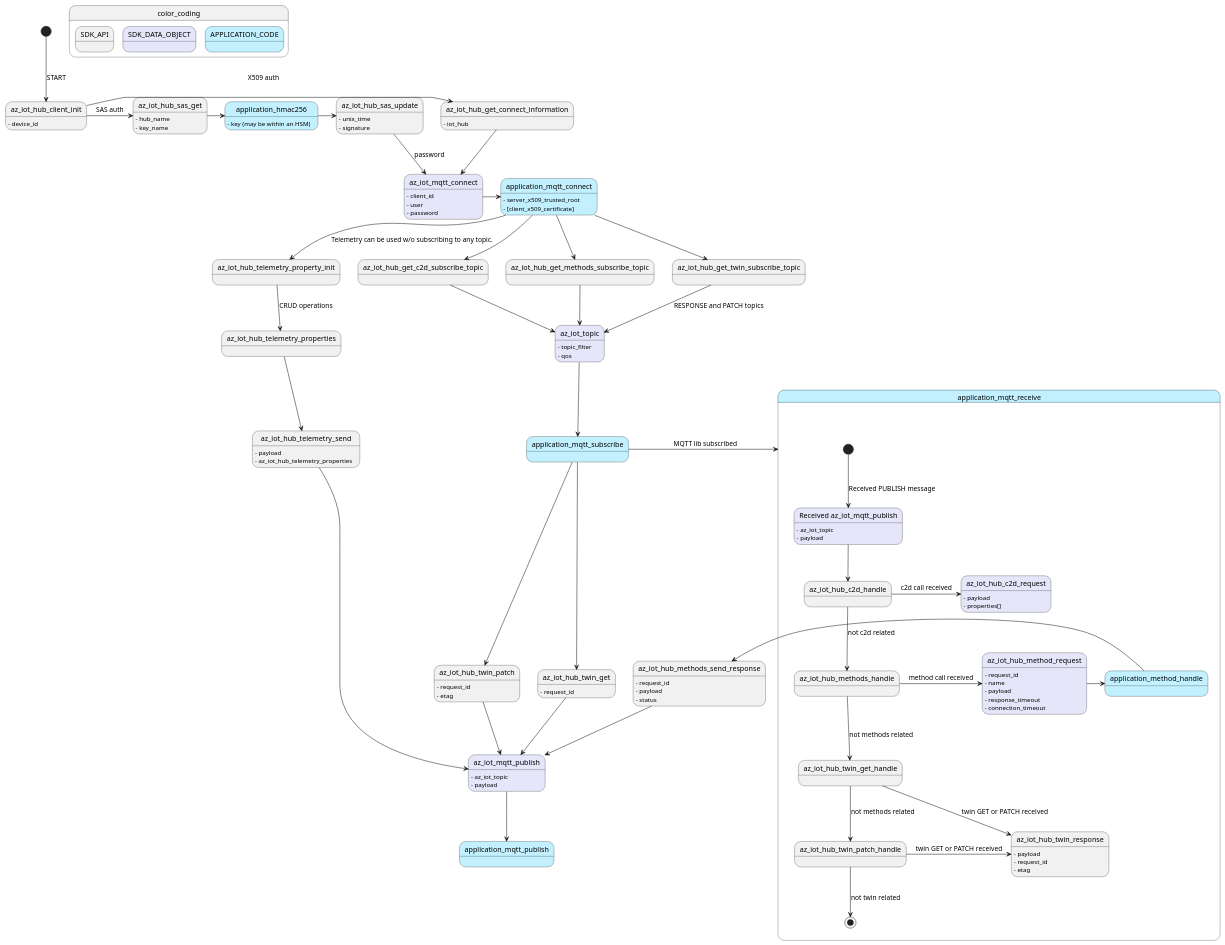
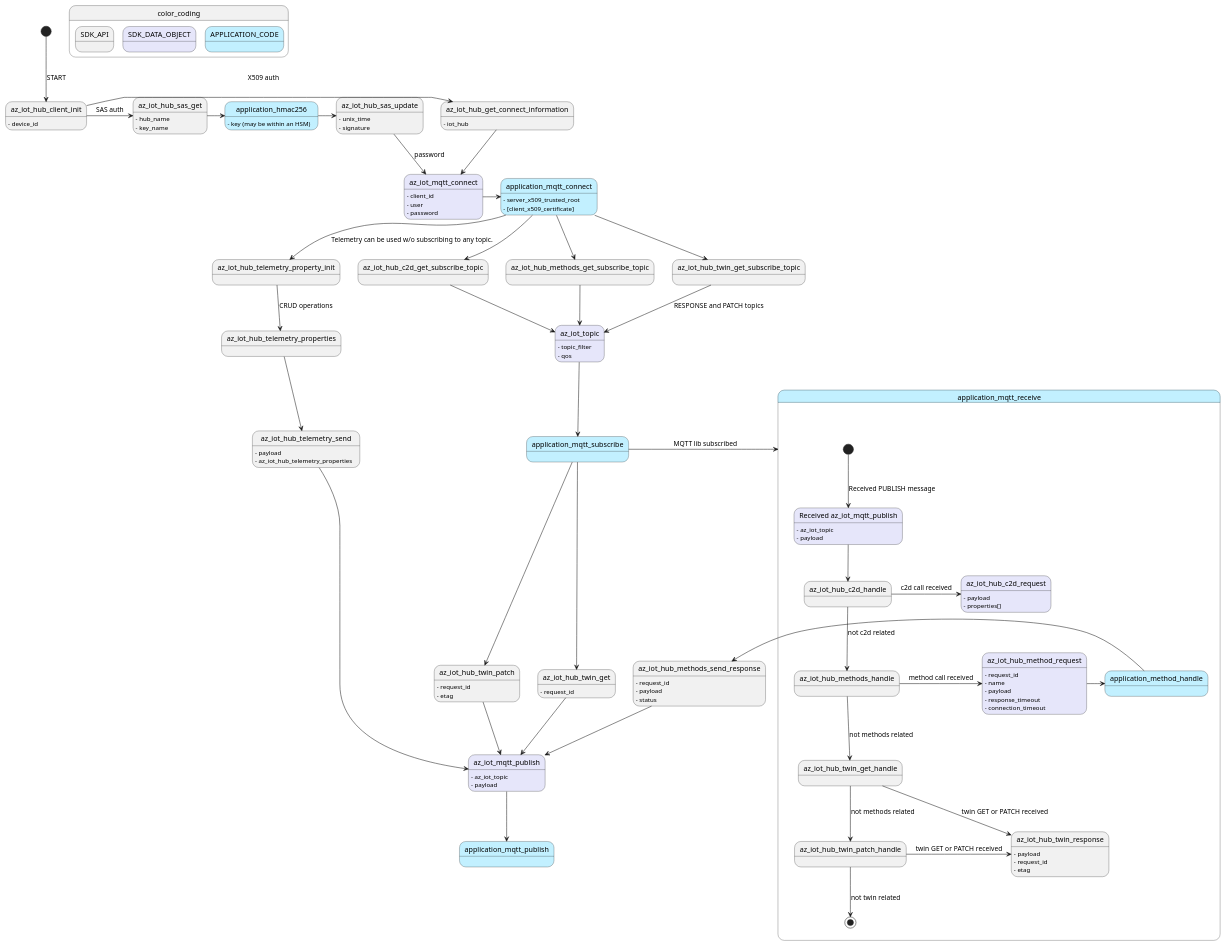
One commit to Azure/azure-sdk-for-c changed the diagram in sdk/iot/docs/iot_hub_flow.puml. Above: the diagram before and after it, drawn with PlantUML. The commit also changed 2 other files, not shown here.

Commit message:
Updating flows.

```diff
--- a/sdk/iot/docs/iot_hub_flow.puml
+++ b/sdk/iot/docs/iot_hub_flow.puml
@@ -1,146 +1,146 @@
 @startuml
 
 skinparam state {
     BackgroundColor<<APP>> APPLICATION
     BackgroundColor<<STRUCT>> Lavender
 }
 
 state color_coding {
     state SDK_API
     state SDK_DATA_OBJECT <<STRUCT>>
     state APPLICATION_CODE <<APP>>
 }
 
 ' Init
 [*] --> az_iot_hub_client_init: START
 az_iot_hub_client_init -> az_iot_hub_get_connect_information : X509 auth
 az_iot_hub_get_connect_information -> az_iot_mqtt_connect
 az_iot_mqtt_connect -> application_mqtt_connect
 state application_mqtt_connect <<APP>>
 
 ' Optional SAS token generation:
 az_iot_hub_client_init -> az_iot_hub_sas_get : SAS auth
 az_iot_hub_sas_get -> application_hmac256
 application_hmac256 -> az_iot_hub_sas_update
 az_iot_hub_sas_update --> az_iot_mqtt_connect : password
 state application_hmac256 <<APP>>
 
 ' Telemetry
 application_mqtt_connect --> az_iot_hub_telemetry_property_init : Telemetry can be used w/o subscribing to any topic.
 az_iot_hub_telemetry_property_init --> az_iot_hub_telemetry_properties : CRUD operations
 az_iot_hub_telemetry_properties --> az_iot_hub_telemetry_send
 az_iot_hub_telemetry_send --> az_iot_mqtt_publish
 
 ' C2D
-application_mqtt_connect --> az_iot_hub_get_c2d_subscribe_topic
-az_iot_hub_get_c2d_subscribe_topic --> az_iot_topic
+application_mqtt_connect --> az_iot_hub_c2d_get_subscribe_topic
+az_iot_hub_c2d_get_subscribe_topic --> az_iot_topic
 
 ' Methods
-application_mqtt_connect --> az_iot_hub_get_methods_subscribe_topic
-az_iot_hub_get_methods_subscribe_topic --> az_iot_topic
+application_mqtt_connect --> az_iot_hub_methods_get_subscribe_topic
+az_iot_hub_methods_get_subscribe_topic --> az_iot_topic
 
 az_iot_hub_methods_send_response --> az_iot_mqtt_publish
 
 ' Twin
-application_mqtt_connect --> az_iot_hub_get_twin_subscribe_topic
-az_iot_hub_get_twin_subscribe_topic --> az_iot_topic : RESPONSE and PATCH topics
+application_mqtt_connect --> az_iot_hub_twin_get_subscribe_topic
+az_iot_hub_twin_get_subscribe_topic --> az_iot_topic : RESPONSE and PATCH topics
 
 application_mqtt_subscribe --> az_iot_hub_twin_get
 az_iot_hub_twin_get --> az_iot_mqtt_publish
 
 application_mqtt_subscribe --> az_iot_hub_twin_patch
 az_iot_hub_twin_patch --> az_iot_mqtt_publish
 
 ' Common subscribe
 az_iot_topic --> application_mqtt_subscribe
 state application_mqtt_subscribe <<APP>>
 application_mqtt_subscribe -> application_mqtt_receive : MQTT lib subscribed
 
 az_iot_mqtt_publish --> application_mqtt_publish
 state application_mqtt_publish <<APP>>
 
 state application_mqtt_receive <<APP>> { 
 ' Callback delegating handler:
     [*] --> recv_pub : Received PUBLISH message
     recv_pub --> az_iot_hub_c2d_handle
     az_iot_hub_c2d_handle --> az_iot_hub_methods_handle : not c2d related
     az_iot_hub_methods_handle --> az_iot_hub_twin_get_handle : not methods related
     az_iot_hub_twin_get_handle --> az_iot_hub_twin_patch_handle : not methods related
     az_iot_hub_twin_patch_handle --> [*] : not twin related
 
 ' C2D
     az_iot_hub_c2d_handle -> az_iot_hub_c2d_request : c2d call received
     
 ' Methods:
     az_iot_hub_methods_handle -> az_iot_hub_method_request : method call received
     az_iot_hub_method_request -> application_method_handle
     state application_method_handle <<APP>>
     application_method_handle -> az_iot_hub_methods_send_response
     
 ' Twin
     az_iot_hub_twin_get_handle -> az_iot_hub_twin_response : twin GET or PATCH received
     az_iot_hub_twin_patch_handle -> az_iot_hub_twin_response : twin GET or PATCH received
 }
 
 ' Common MQTT data objects
 state az_iot_mqtt_connect <<STRUCT>>
 az_iot_mqtt_connect : - client_id
 az_iot_mqtt_connect : - user
 az_iot_mqtt_connect : - password
 
 state az_iot_topic <<STRUCT>>
 az_iot_topic : - topic_filter
 az_iot_topic : - qos
 
 state az_iot_mqtt_publish <<STRUCT>>
 az_iot_mqtt_publish : - az_iot_topic
 az_iot_mqtt_publish : - payload
 
 ' Just for diagram purposes:
 state "Received az_iot_mqtt_publish" as recv_pub <<STRUCT>>
 recv_pub : - az_iot_topic
 recv_pub : - payload
 
 ' IoT Hub client:
 az_iot_hub_client_init : - device_id
 
 az_iot_hub_get_connect_information : - iot_hub
 
 ' SAS Tokens
 az_iot_hub_sas_get : - hub_name
 az_iot_hub_sas_get : - key_name
 az_iot_hub_sas_update : - unix_time
 az_iot_hub_sas_update : - signature
 
 az_iot_hub_telemetry_send : - payload
 az_iot_hub_telemetry_send : - az_iot_hub_telemetry_properties
 
 state az_iot_hub_method_request <<STRUCT>>
 az_iot_hub_method_request: - request_id
 az_iot_hub_method_request: - name
 az_iot_hub_method_request: - payload
 az_iot_hub_method_request: - response_timeout
 az_iot_hub_method_request: - connection_timeout
 az_iot_hub_methods_send_response : - request_id
 az_iot_hub_methods_send_response : - payload
 az_iot_hub_methods_send_response : - status
 
 state az_iot_hub_c2d_request <<STRUCT>>
 az_iot_hub_c2d_request : - payload
 az_iot_hub_c2d_request : - properties[]
 
 az_iot_hub_twin_get : - request_id
 
 az_iot_hub_twin_patch : - request_id
 az_iot_hub_twin_patch : - etag
 
 az_iot_hub_twin_response : - payload
 az_iot_hub_twin_response : - request_id
 az_iot_hub_twin_response : - etag
 
 ' Application interfaces
 application_mqtt_connect : - server_x509_trusted_root
 application_mqtt_connect : - [client_x509_certificate]
 application_hmac256 : - key (may be within an HSM)
 
 @enduml
```
